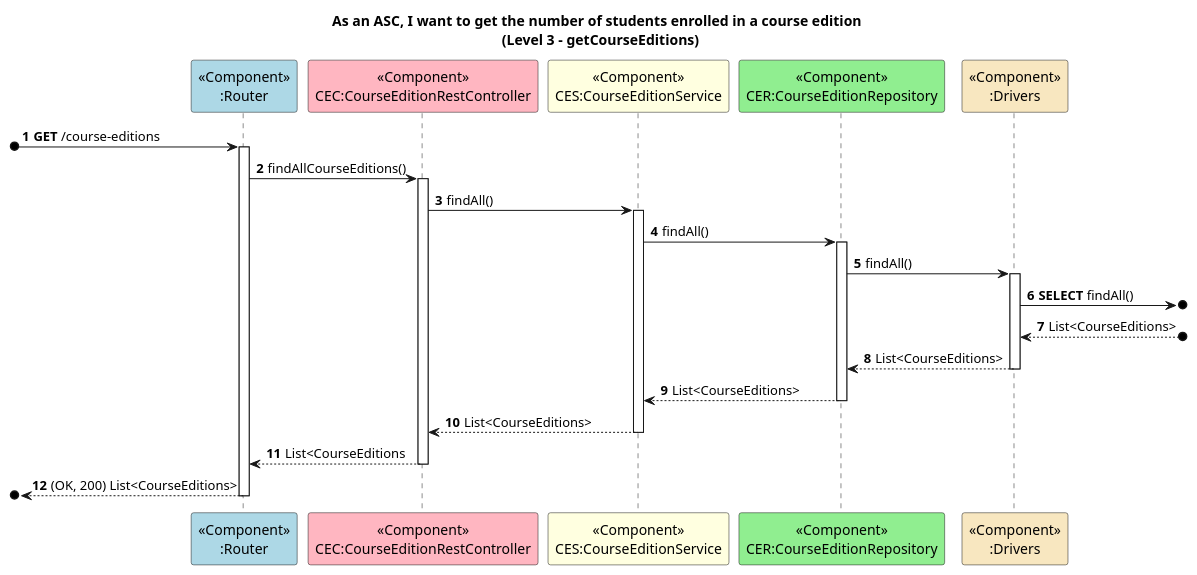
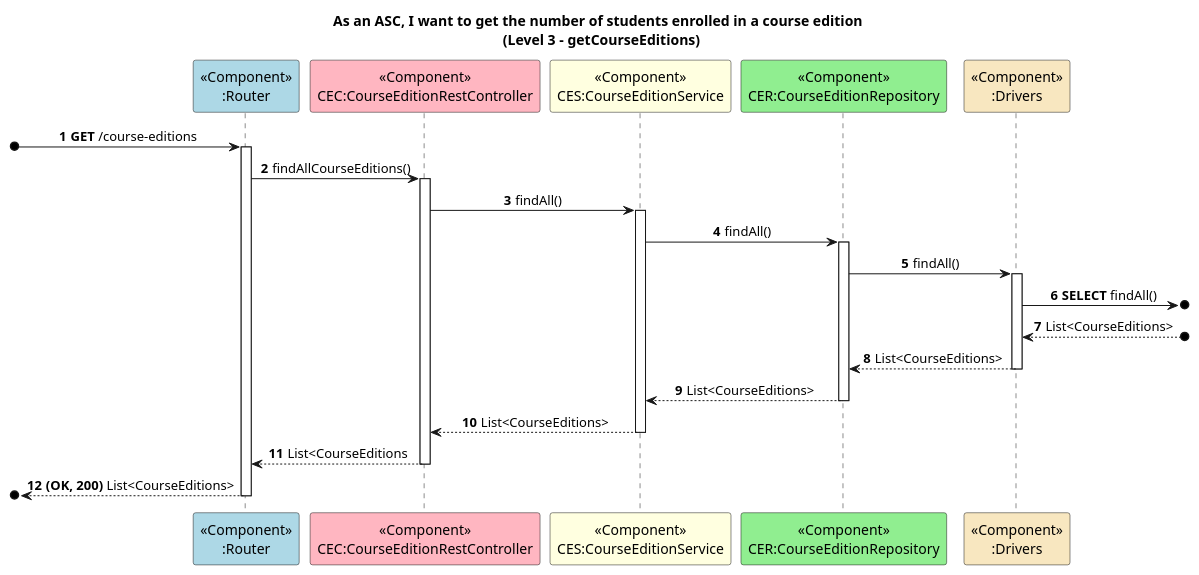
One commit to GasparISEP/DevOps-PAI changed the diagram in docs/US36/ProcessView/Level3-getCourseEditions.puml. Above: the diagram before and after it, drawn with PlantUML. The commit also changed 3 other files, not shown here.

Commit message:
Refs #652, #658: Refactor of US36 diagrams for aesthethic purposes

```diff
--- a/docs/US36/ProcessView/Level3-getCourseEditions.puml
+++ b/docs/US36/ProcessView/Level3-getCourseEditions.puml
@@ -1,26 +1,26 @@
 @startuml
 
 autonumber
-
 title As an ASC, I want to get the number of students enrolled in a course edition \n (Level 3 - getCourseEditions)
+skinparam sequencemessagealign center
 
 participant "<<Component>>\n:Router" as Router #lightblue
 participant "<<Component>>\nCEC:CourseEditionRestController" as C #lightpink
 participant "<<Component>>\nCES:CourseEditionService" as S #lightyellow
 participant "<<Component>>\nCER:CourseEditionRepository" as R #lightgreen
 participant "<<Component>>\n:Drivers" as D #strategy
 
 [o-> Router ++: **GET** /course-editions
 Router -> C ++: findAllCourseEditions()
 C -> S ++: findAll()
 S -> R ++: findAll()
 R -> D ++: findAll()
 D ->o] : **SELECT** findAll()
 D <--o] : List<CourseEditions>
 D --> R --: List<CourseEditions>
 R --> S --: List<CourseEditions>
 S --> C --: List<CourseEditions>
 C --> Router --: List<CourseEditions
-[o<-- Router --: (OK, 200) List<CourseEditions>
+[o<-- Router --: **(OK, 200)** List<CourseEditions>
 
 @enduml
```
